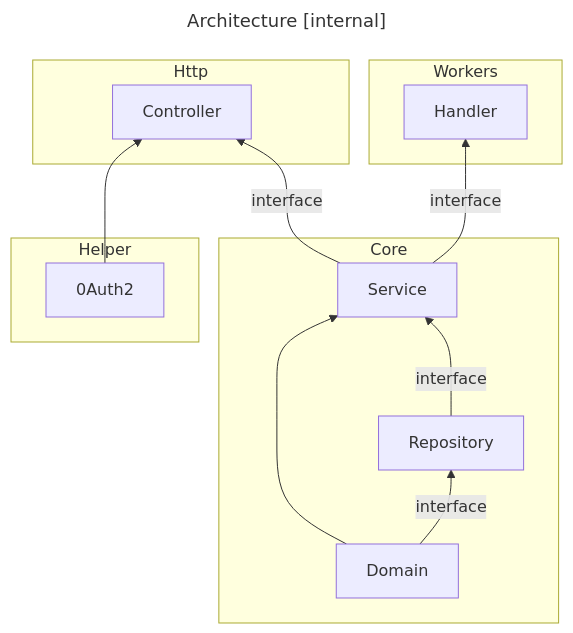
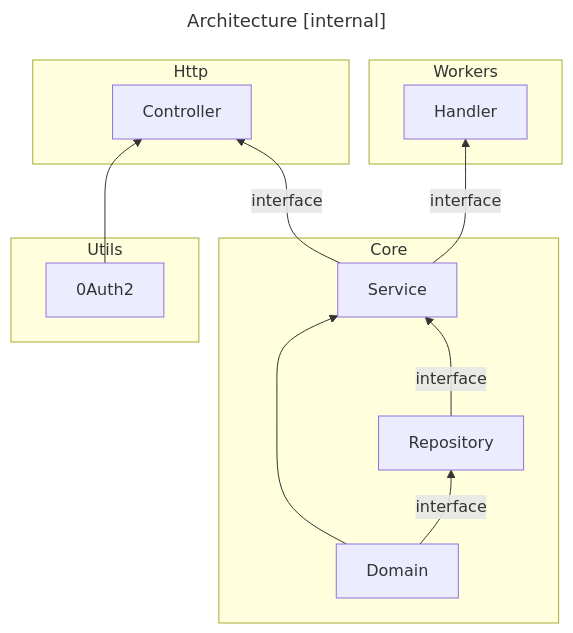
The second of 2 diagrams in internal/README.md (swclabs/swix), drawn with Mermaid before and after one commit. The commit also changed other lines of this file and 132 other files, not shown here.

````diff
--- a/internal/README.md
+++ b/internal/README.md
@@ -33,27 +33,27 @@
 ```mermaid
 ---
 title: Architecture [internal]
 ---
 flowchart BT
   subgraph Core
     Domain-->Service
     Domain-- interface -->Repository
     Repository-- interface -->Service
   end
 
-  subgraph Helper
+  subgraph Utils
     0Auth2
   end
 
   subgraph Http
     0Auth2 --> Controller
   end
 
   subgraph Workers
     Handler
   end
 
   Service -- interface --> Controller
   Service -- interface --> Handler
 
 ```
````
